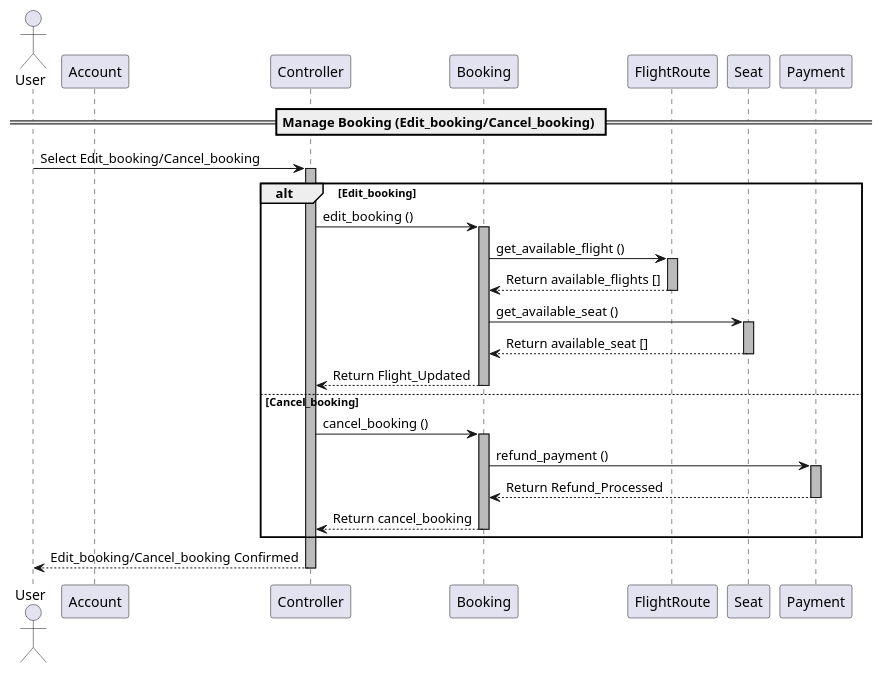
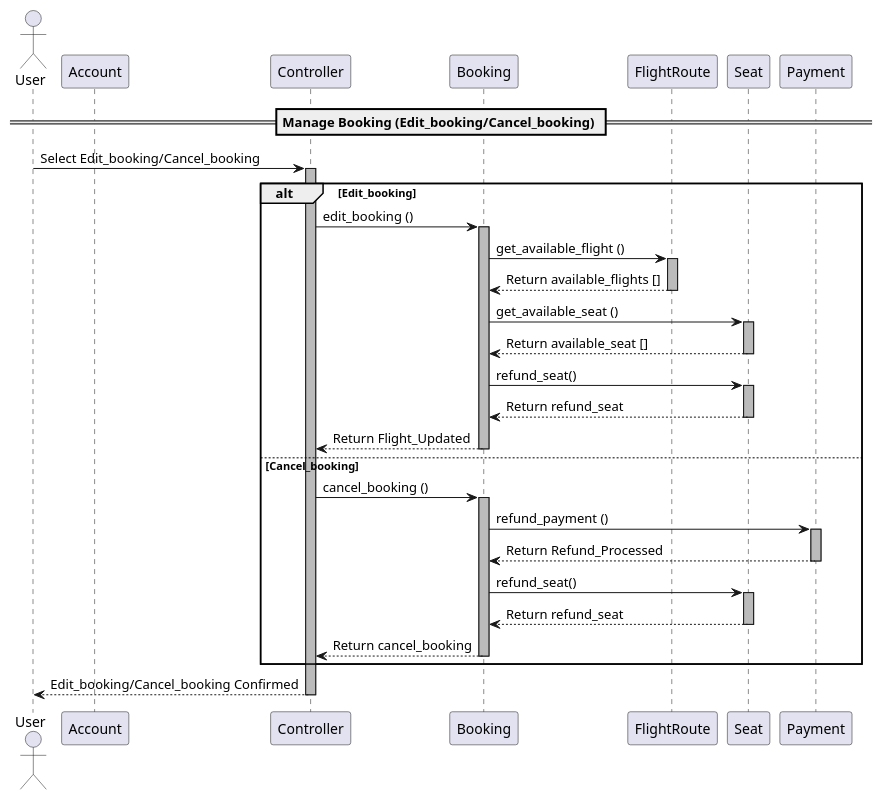
One commit to Nonnnchun/OOP_project changed the diagram in sequenceDiagram/sequenceManagebooking.plantuml. Above: the diagram before and after it, drawn with PlantUML. The commit also changed 9 other files, not shown here.

First line of the commit message:
sequence diagram and class code

```diff
--- a/sequenceDiagram/sequenceManagebooking.plantuml
+++ b/sequenceDiagram/sequenceManagebooking.plantuml
@@ -1,42 +1,51 @@
 @startuml
 actor "User" as user
 participant Account
 participant Controller
 participant Booking
 participant FlightRoute
 participant Seat
 participant Payment
 
 == Manage Booking (Edit_booking/Cancel_booking) ==
 
 user -> Controller: Select Edit_booking/Cancel_booking
 activate Controller #BBBBBB
 alt Edit_booking
     Controller -> Booking: edit_booking ()
     activate Booking #BBBBBB
     Booking -> FlightRoute: get_available_flight ()
     activate FlightRoute #BBBBBB
     FlightRoute --> Booking: Return available_flights []
     deactivate FlightRoute
-
     Booking -> Seat:get_available_seat ()
     activate Seat #BBBBBB
     Seat --> Booking:Return available_seat []
+    deactivate Seat
+    Booking -> Seat:refund_seat()
+    activate Seat #BBBBBB
+    Seat--> Booking:Return refund_seat
     deactivate Seat
     Booking --> Controller: Return Flight_Updated
     deactivate Booking
 
 else Cancel_booking
     Controller -> Booking: cancel_booking ()
     activate Booking #BBBBBB
     Booking -> Payment: refund_payment ()
     activate Payment #BBBBBB
     Payment --> Booking: Return Refund_Processed
     deactivate Payment
+    Booking -> Seat:refund_seat()
+    activate Seat #BBBBBB
+    Seat--> Booking:Return refund_seat
+    deactivate Seat
     Booking --> Controller: Return cancel_booking
+    
     deactivate Booking
+    
 end
 
 Controller -->user: Edit_booking/Cancel_booking Confirmed
 deactivate Controller
 @enduml
```
